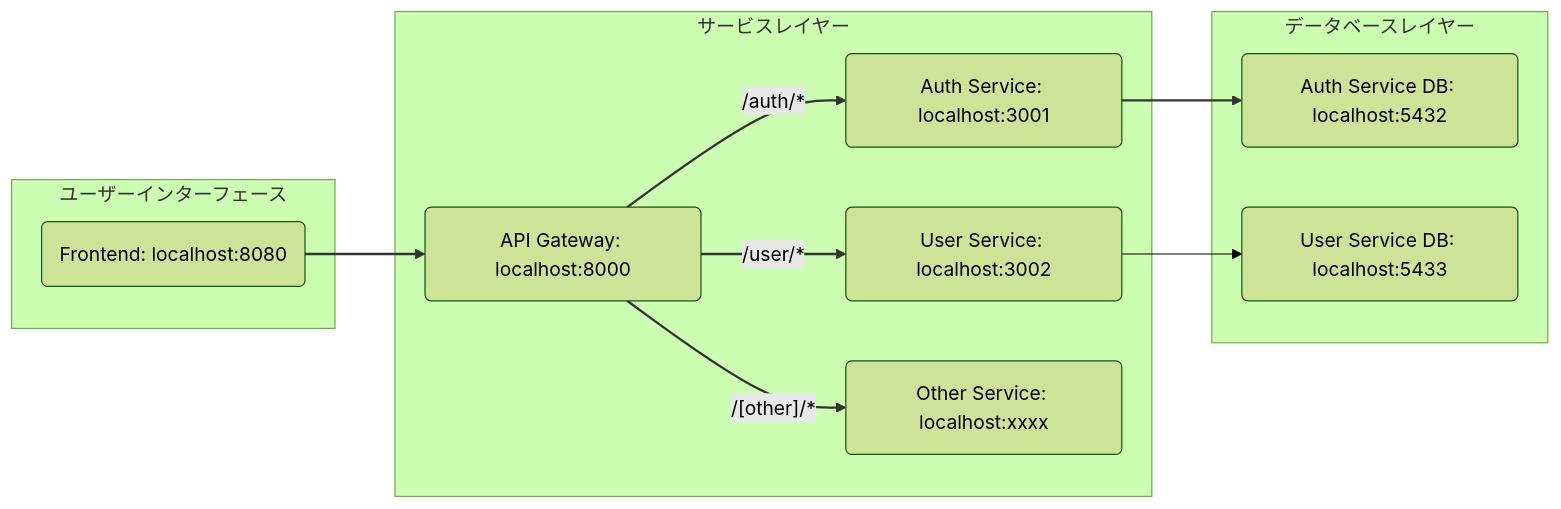
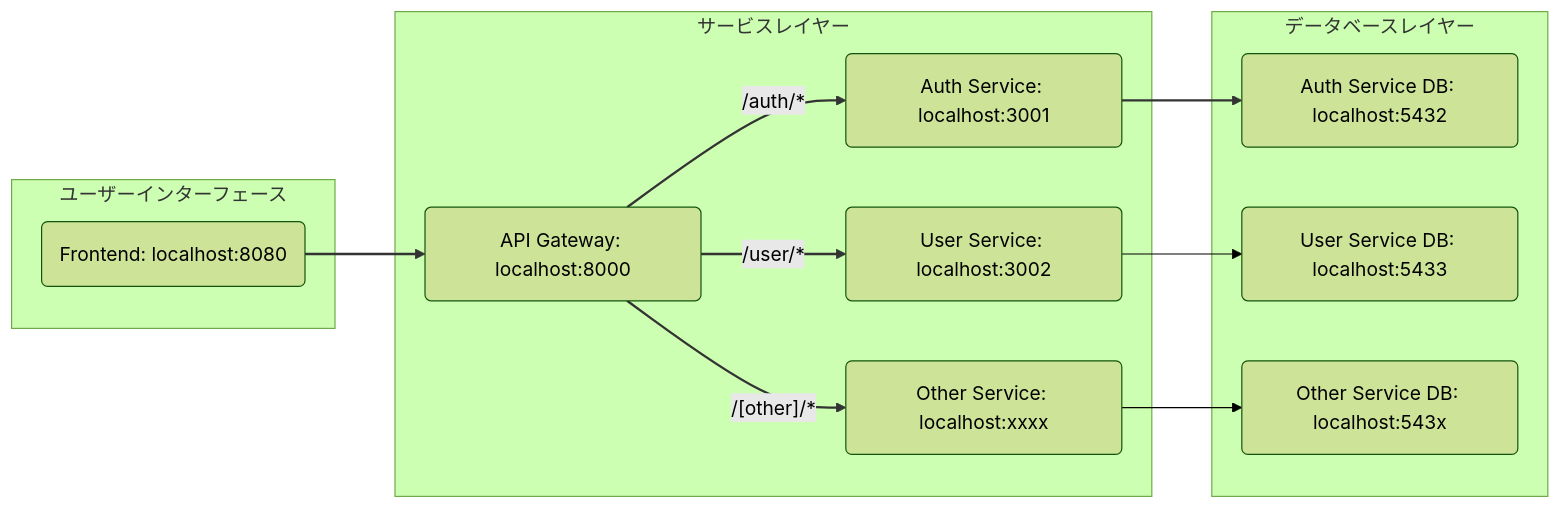
Before and after one commit to ka-stella/msa-playground: the diagram in README.md, drawn with Mermaid (forest theme). The commit also changed other lines of this file and 3 other files, not shown here.

````diff
--- a/README.md
+++ b/README.md
@@ -21,33 +23,35 @@
 ```mermaid
 graph LR
     subgraph ユーザーインターフェース
         F(Frontend: localhost:8080)
     end
 
     subgraph サービスレイヤー
         AG(API Gateway: localhost:8000)
         AS(Auth Service: localhost:3001)
         US(User Service: localhost:3002)
         OS(Other Service: localhost:xxxx)
     end
 
     subgraph データベースレイヤー
         ASDB(Auth Service DB: localhost:5432)
         USDB(User Service DB: localhost:5433)
+        OTDB(Other Service DB: localhost:543x)
     end
 
     F --> AG
 
     AG -- /auth/* --> AS
     AG -- /user/* --> US
     AG -- /[other]/* --> OS
 
     AS --> ASDB
     US --> USDB
+    OS --> OTDB
 
     linkStyle 0 stroke:#333,stroke-width:2px,fill:none;
     linkStyle 1 stroke:#333,stroke-width:2px,fill:none;
     linkStyle 2 stroke:#333,stroke-width:2px,fill:none;
     linkStyle 3 stroke:#333,stroke-width:2px,fill:none;
     linkStyle 4 stroke:#333,stroke-width:2px,fill:none;
 ```
````
